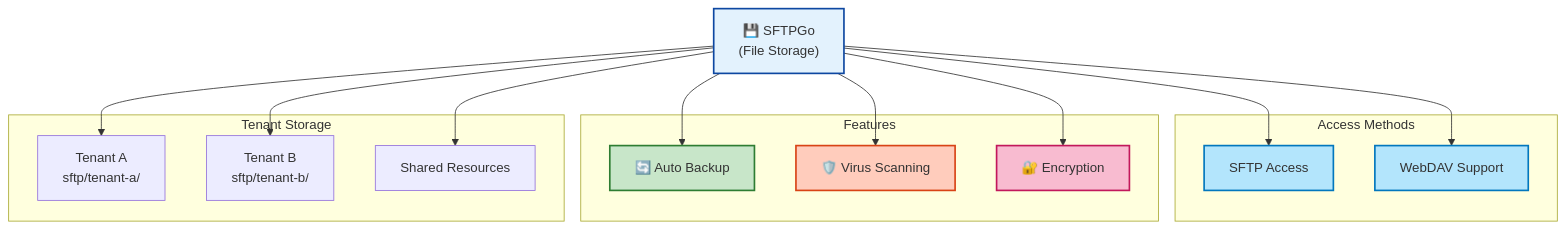
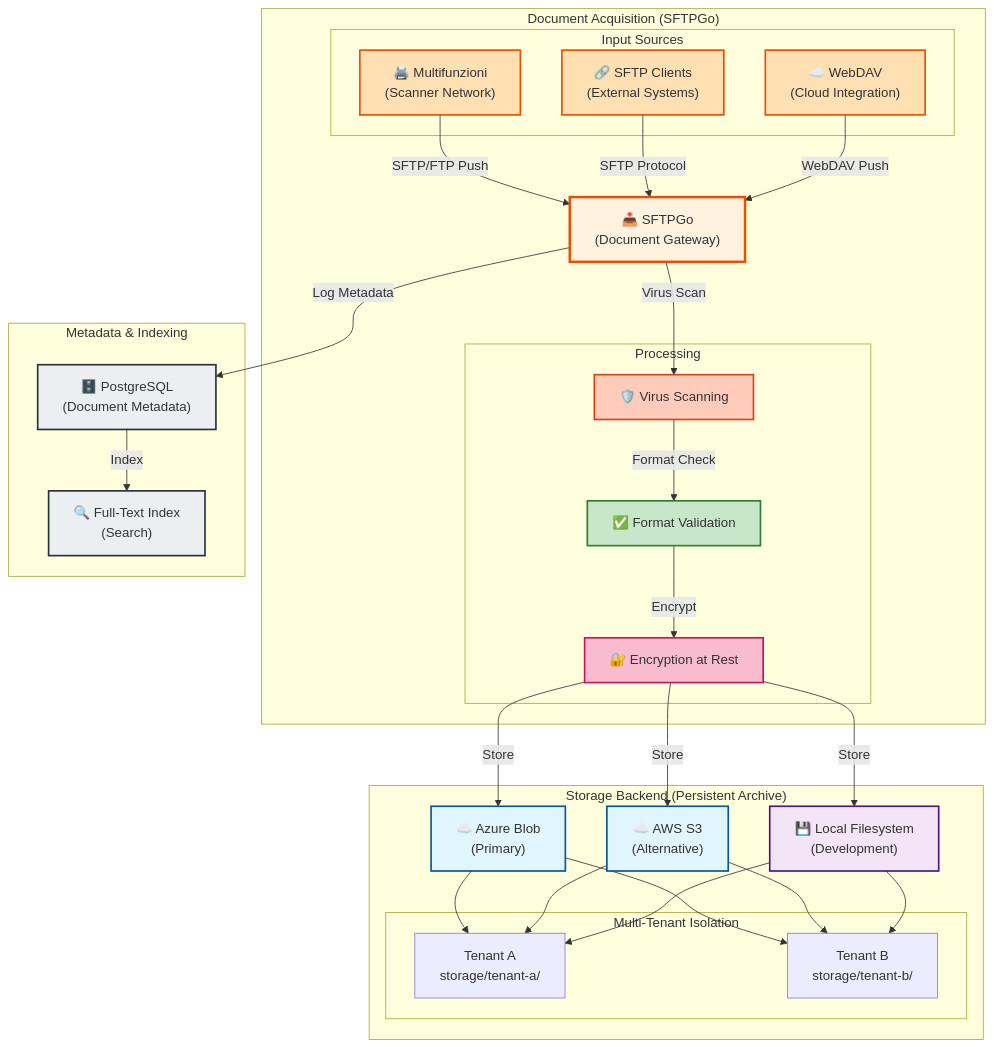
One commit to gianlucaciarcelluti/Interzen.ZenIA changed the sixth of 23 diagrams in docs/ZENSHAREUP-ARCHITECTURE.md. Above: the diagram before and after it, drawn with Mermaid. The commit also changed other lines of this file, not shown here.

First paragraph of the commit message:
Docs: Aggiorna ZENSHAREUP-ARCHITECTURE con SFTPGo e storage cloud
## Descrizione
Aggiornata documentazione di ZenShareUp per riflettere correttamente l'architettura reale di acquisizione documenti e storage persistente.

````diff
--- a/docs/ZENSHAREUP-ARCHITECTURE.md
+++ b/docs/ZENSHAREUP-ARCHITECTURE.md
@@ -285,38 +321,69 @@
 ```mermaid
 graph TB
-    SFTPGo["💾 SFTPGo<br/>(File Storage)"]
+    subgraph "Document Acquisition (SFTPGo)"
+        SFTPGo["📥 SFTPGo<br/>(Document Gateway)"]
 
-    subgraph "Access Methods"
-        SFTP["SFTP Access"]
-        WebDAV["WebDAV Support"]
+        subgraph "Input Sources"
+            Multifunz["🖨️ Multifunzioni<br/>(Scanner Network)"]
+            SFTPClient["🔗 SFTP Clients<br/>(External Systems)"]
+            WebDAV["☁️ WebDAV<br/>(Cloud Integration)"]
+        end
+
+        subgraph "Processing"
+            VirusCheck["🛡️ Virus Scanning"]
+            Validate["✅ Format Validation"]
+            Encrypt["🔐 Encryption at Rest"]
+        end
     end
 
-    subgraph "Features"
-        Backup["🔄 Auto Backup"]
-        VirusCheck["🛡️ Virus Scanning"]
-        Encrypt["🔐 Encryption"]
+    subgraph "Storage Backend (Persistent Archive)"
+        AzureBlob["☁️ Azure Blob<br/>(Primary)"]
+        S3["☁️ AWS S3<br/>(Alternative)"]
+        Filesystem["💾 Local Filesystem<br/>(Development)"]
+
+        subgraph "Multi-Tenant Isolation"
+            TenantA["Tenant A<br/>storage/tenant-a/"]
+            TenantB["Tenant B<br/>storage/tenant-b/"]
+        end
     end
 
-    subgraph "Tenant Storage"
-        Tenant1["Tenant A<br/>sftp/tenant-a/"]
-        Tenant2["Tenant B<br/>sftp/tenant-b/"]
-        Shared["Shared Resources"]
+    subgraph "Metadata & Indexing"
+        PostgreSQL["🗄️ PostgreSQL<br/>(Document Metadata)"]
+        FullText["🔍 Full-Text Index<br/>(Search)"]
     end
 
-    SFTPGo --> SFTP
-    SFTPGo --> WebDAV
-    SFTPGo --> Backup
-    SFTPGo --> VirusCheck
-    SFTPGo --> Encrypt
+    Multifunz -->|SFTP/FTP Push| SFTPGo
+    SFTPClient -->|SFTP Protocol| SFTPGo
+    WebDAV -->|WebDAV Push| SFTPGo
 
-    SFTPGo --> Tenant1
-    SFTPGo --> Tenant2
-    SFTPGo --> Shared
+    SFTPGo -->|Virus Scan| VirusCheck
+    VirusCheck -->|Format Check| Validate
+    Validate -->|Encrypt| Encrypt
 
-    style SFTPGo fill:#e3f2fd,stroke:#0d47a1,stroke-width:2px
-    style SFTP fill:#b3e5fc,stroke:#0277bd,stroke-width:2px
-    style WebDAV fill:#b3e5fc,stroke:#0277bd,stroke-width:2px
-    style Backup fill:#c8e6c9,stroke:#2e7d32,stroke-width:2px
+    Encrypt -->|Store| AzureBlob
+    Encrypt -->|Store| S3
+    Encrypt -->|Store| Filesystem
+
+    AzureBlob --> TenantA
+    AzureBlob --> TenantB
+    S3 --> TenantA
+    S3 --> TenantB
+    Filesystem --> TenantA
+    Filesystem --> TenantB
+
+    SFTPGo -->|Log Metadata| PostgreSQL
+    PostgreSQL -->|Index| FullText
+
+    style SFTPGo fill:#fff3e0,stroke:#e65100,stroke-width:3px
+    style Multifunz fill:#ffe0b2,stroke:#e65100,stroke-width:2px
+    style SFTPClient fill:#ffe0b2,stroke:#e65100,stroke-width:2px
+    style WebDAV fill:#ffe0b2,stroke:#e65100,stroke-width:2px
     style VirusCheck fill:#ffccbc,stroke:#d84315,stroke-width:2px
+    style Validate fill:#c8e6c9,stroke:#2e7d32,stroke-width:2px
     style Encrypt fill:#f8bbd0,stroke:#c2185b,stroke-width:2px
+    style AzureBlob fill:#e1f5fe,stroke:#01579b,stroke-width:2px
+    style S3 fill:#e1f5fe,stroke:#01579b,stroke-width:2px
+    style Filesystem fill:#f3e5f5,stroke:#4a148c,stroke-width:2px
+    style PostgreSQL fill:#eceff1,stroke:#263238,stroke-width:2px
+    style FullText fill:#eceff1,stroke:#263238,stroke-width:2px
 ```
````
